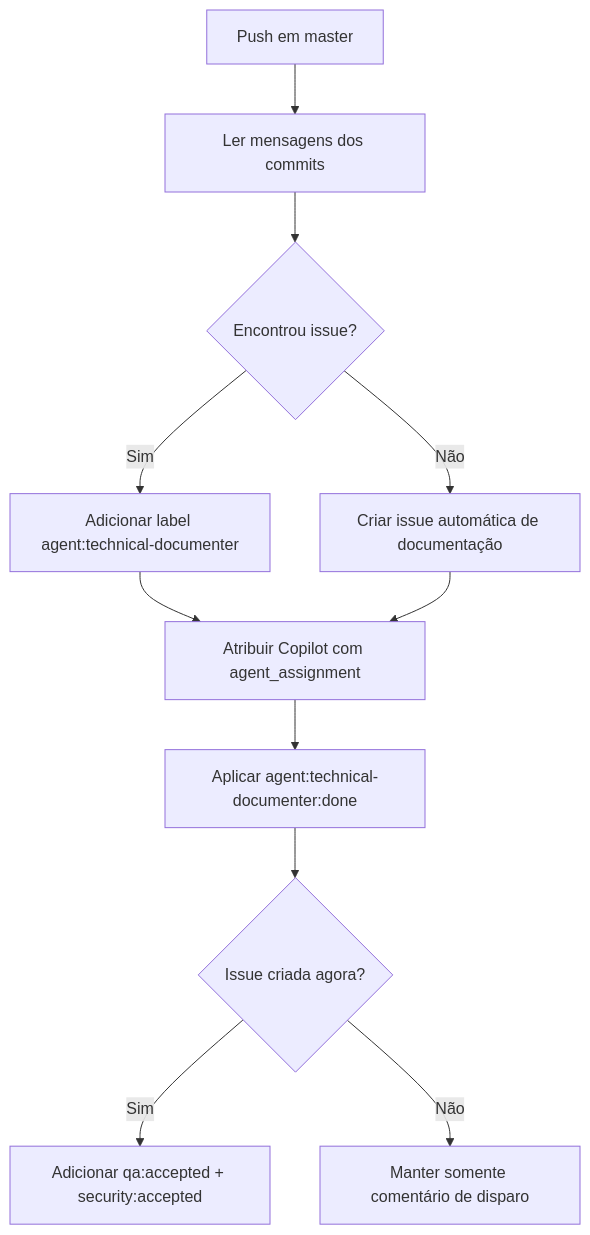
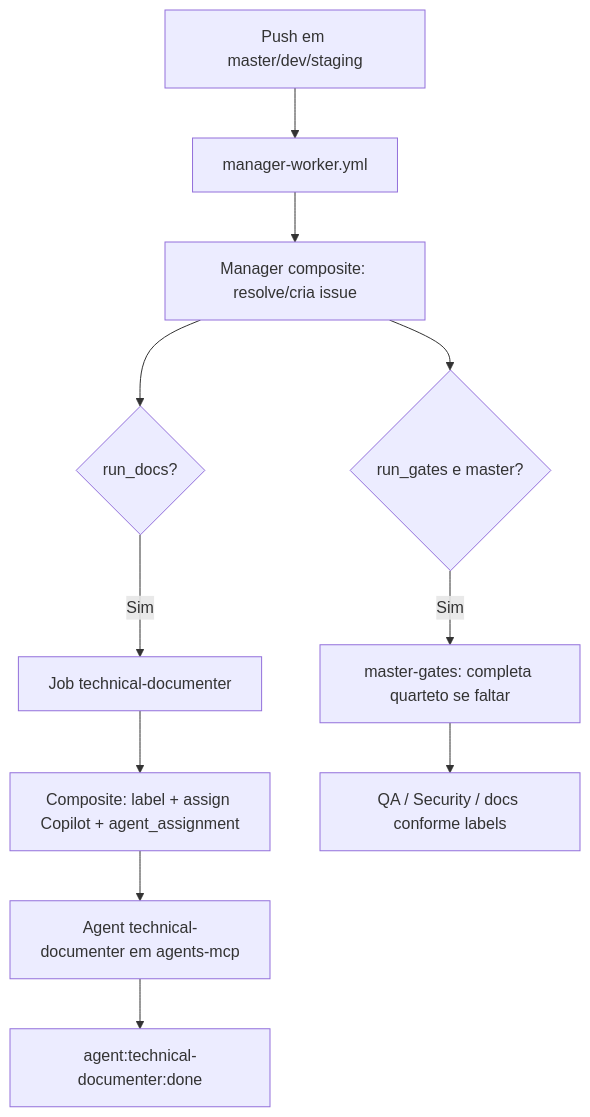
The diagram in docs/technical/Automacao-Technical-Documenter-Push-Master.md (ControleOnline/ui-orders), drawn with Mermaid before and after one commit. The commit also changed other lines of this file and 1 other file, not shown here.

First line of the commit message:
docs: align technical-documenter page with manager-worker reality

````diff
--- a/docs/technical/Automacao-Technical-Documenter-Push-Master.md
+++ b/docs/technical/Automacao-Technical-Documenter-Push-Master.md
@@ -93,13 +95,13 @@
 ```mermaid
 flowchart TD
-  A[Push em master] --> B[Ler mensagens dos commits]
-  B --> C{Encontrou issue?}
-  C -->|Sim| D[Adicionar label agent:technical-documenter]
-  C -->|Não| E[Criar issue automática de documentação]
-  D --> F[Atribuir Copilot com agent_assignment]
-  E --> F
-  F --> G[Aplicar agent:technical-documenter:done]
-  G --> H{Issue criada agora?}
-  H -->|Sim| I[Adicionar qa:accepted + security:accepted]
-  H -->|Não| J[Manter somente comentário de disparo]
+  A[Push em master/dev/staging] --> B[manager-worker.yml]
+  B --> C[Manager composite: resolve/cria issue]
+  C --> D{run_docs?}
+  D -->|Sim| E[Job technical-documenter]
+  E --> F[Composite: label + assign Copilot + agent_assignment]
+  F --> G[Agent technical-documenter em agents-mcp]
+  G --> H[agent:technical-documenter:done]
+  C --> I{run_gates e master?}
+  I -->|Sim| J[master-gates: completa quarteto se faltar]
+  J --> K[QA / Security / docs conforme labels]
 ```
````
